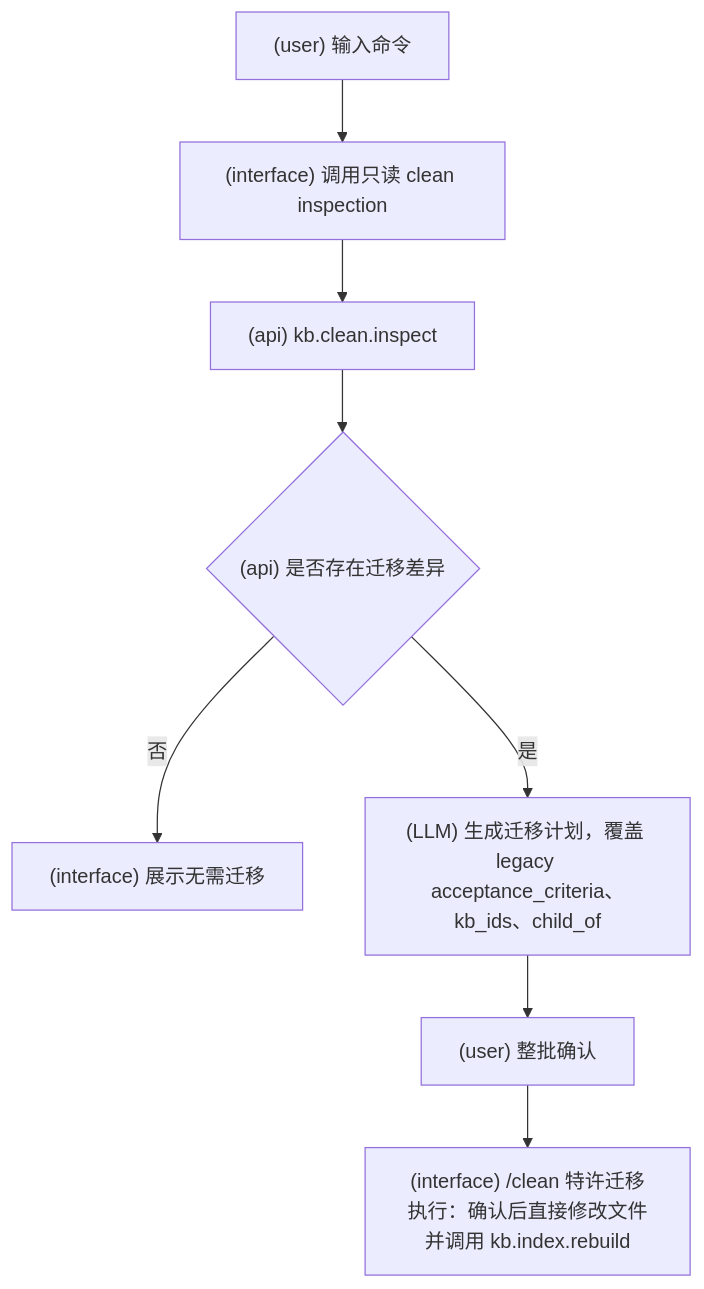
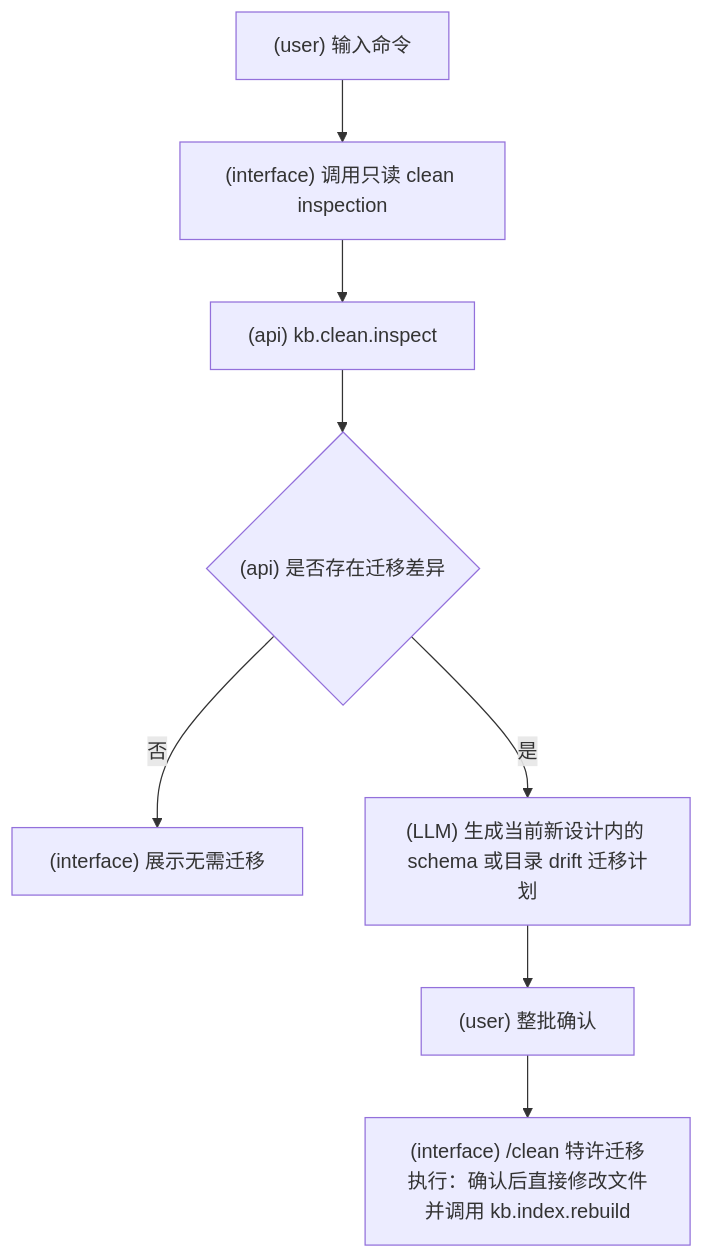
The third of 16 diagrams in docs/SlashCommand流程图.md (srangerme/KBManager), drawn with Mermaid before and after one commit. The commit also changed other lines of this file and 33 other files, not shown here.

````diff
--- a/docs/SlashCommand流程图.md
+++ b/docs/SlashCommand流程图.md
@@ -70,10 +70,10 @@
 ```mermaid
 flowchart TD
   A["(user) 输入命令"] --> B["(interface) 调用只读 clean inspection"]
   B --> C["(api) kb.clean.inspect"]
   C --> D{"(api) 是否存在迁移差异"}
   D -- 否 --> E["(interface) 展示无需迁移"]
-  D -- 是 --> F["(LLM) 生成迁移计划，覆盖 legacy acceptance_criteria、kb_ids、child_of"]
+  D -- 是 --> F["(LLM) 生成当前新设计内的 schema 或目录 drift 迁移计划"]
   F --> G["(user) 整批确认"]
   G --> H["(interface) /clean 特许迁移执行：确认后直接修改文件并调用 kb.index.rebuild"]
 ```
````
